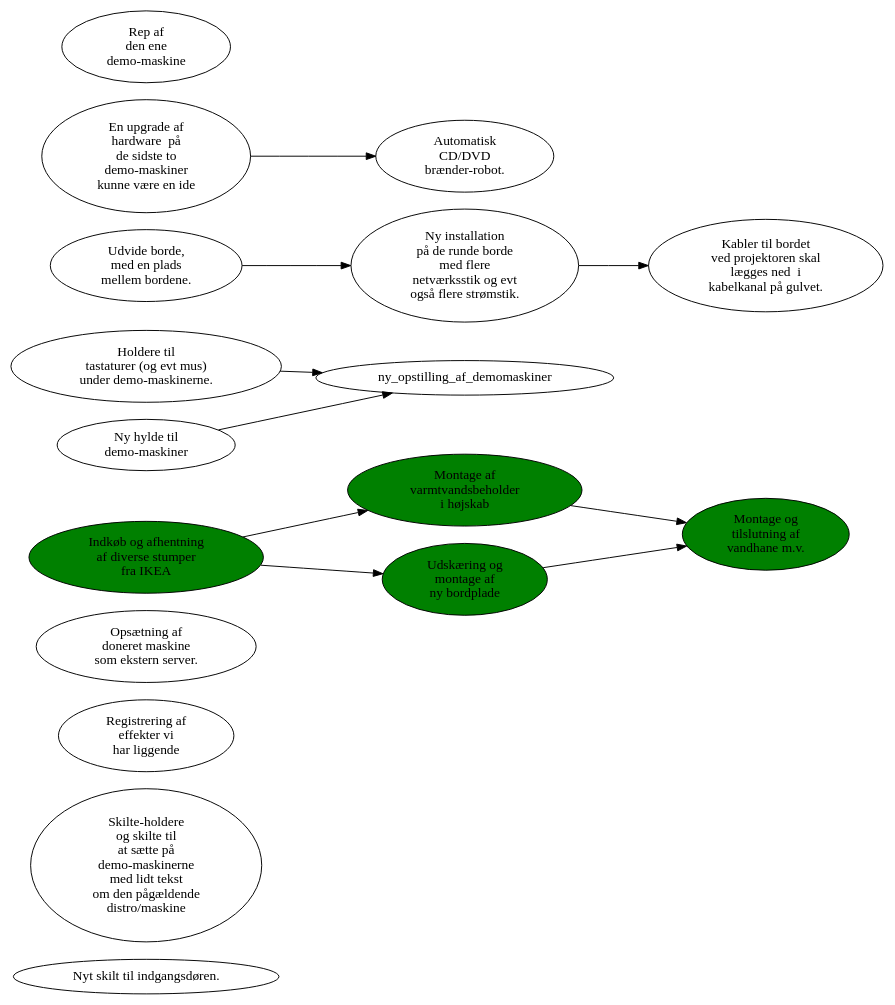
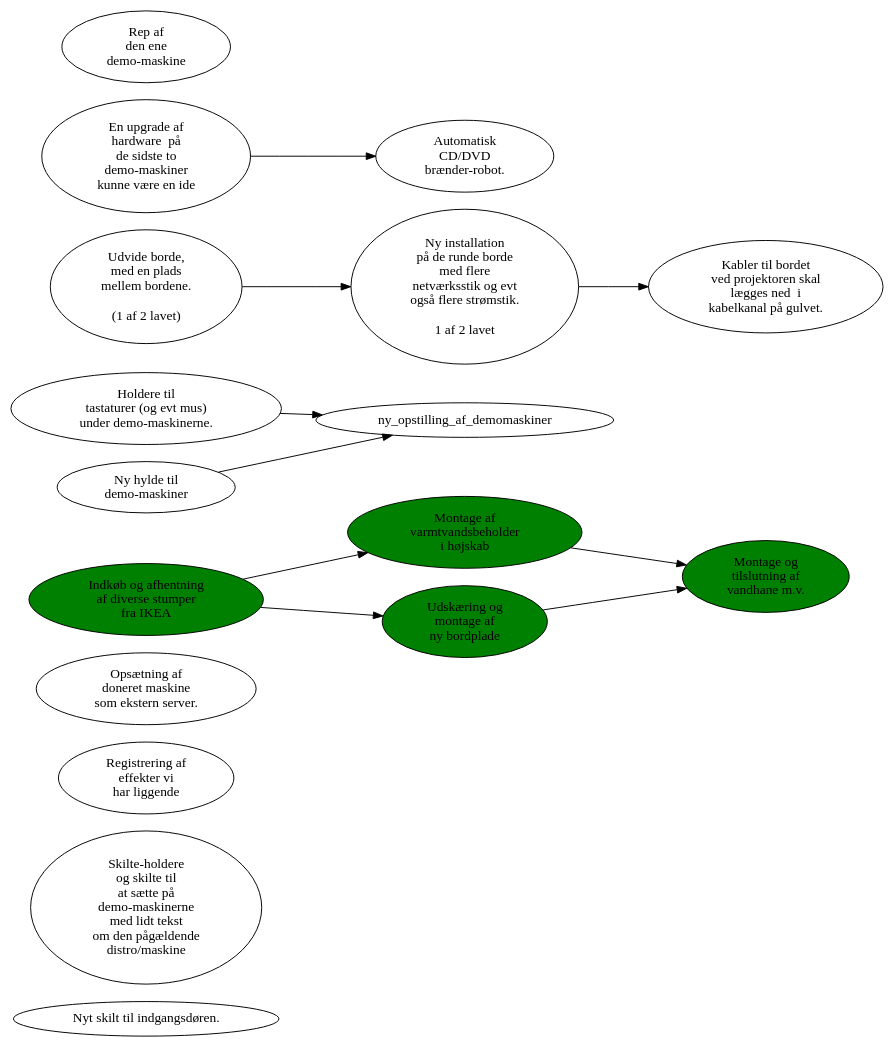
One commit to alslug/alslug.dk changed the diagram in faq/todo.dot. Above: the diagram before and after it, drawn with Graphviz.

```diff
--- a/faq/todo.dot
+++ b/faq/todo.dot
@@ -1,35 +1,35 @@
 digraph xxx {
     rankdir=LR;
     nyt_dørskilt [ label="Nyt skilt til indgangsdøren." ];
     skilteholdere [ label="Skilte-holdere \n og skilte til \n at sætte på \n demo-maskinerne \n med lidt tekst \n om den pågældende \n distro/maskine" ];
     registerer_udstyr [ label="Registrering af \n effekter vi \n har liggende" ];
     ny_bootserver [ label="Opsætning af \n doneret maskine \n som ekstern server." ];
     
     indkøb_hos_ikea -> {montage_af_varmtvandsbeholder,montage_af_ny_bordplade} -> montage_og_tilslutning_af_vandhane_mv;
 
     lav_keyboard_holdere [ label="Holdere til \n tastaturer (og evt mus) \n under demo-maskinerne." ];
     hylde_til_demomaskiner [ label="Ny hylde til \n demo-maskiner" ];
     {lav_keyboard_holdere,hylde_til_demomaskiner} -> ny_opstilling_af_demomaskiner;
 
     kabler_på_gulv [ label="Kabler til bordet \n ved projektoren skal \n lægges ned  i \n kabelkanal på gulvet." ];
     udvid_borde -> bord_instalationer -> kabler_på_gulv;
 
     upgrade_demomaskiner [ label="En upgrade af \n hardware  på \n de sidste to \n demo-maskiner \n kunne være en ide" ];
     rep_af_demomaskine [ label="Rep af \n den ene \n demo-maskine" ];
     cd_brænder [ label="Automatisk \n CD/DVD \n brænder-robot." ];
     upgrade_demomaskiner -> cd_brænder;
     
     node [ style=filled ];
     ////////////////////////////////////////////////////////////////////////////
     // Påbegyndt
     node [ fillcolor=yellow ];
-    udvid_borde [ label="Udvide borde, \n med en plads \n mellem bordene." ];
-    bord_instalationer [ label="Ny installation \n på de runde borde \n med flere \n netværksstik og evt \n også flere strømstik." ];
+    udvid_borde [ label="Udvide borde, \n med en plads \n mellem bordene.\n\n(1 af 2 lavet)" ];
+    bord_instalationer [ label="Ny installation \n på de runde borde \n med flere \n netværksstik og evt \n også flere strømstik.\n\n1 af 2 lavet" ];
     ////////////////////////////////////////////////////////////////////////////
     // Afsluttet
     node [ fillcolor=green ];
     indkøb_hos_ikea [ label="Indkøb og afhentning \n af diverse stumper \n fra IKEA" style=filled fillcolor=green ];
     montage_af_varmtvandsbeholder [ label="Montage af \n varmtvandsbeholder \n i højskab" style=filled fillcolor=green ];
     montage_af_ny_bordplade [ label="Udskæring og \n montage af \n ny bordplade" style=filled fillcolor=green ];
     montage_og_tilslutning_af_vandhane_mv [ label="Montage og \n tilslutning af \n vandhane m.v." style=filled fillcolor=green ];
 }
```
